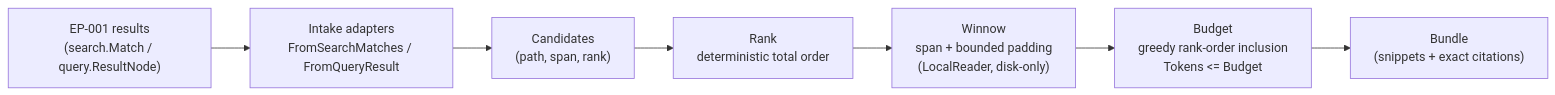
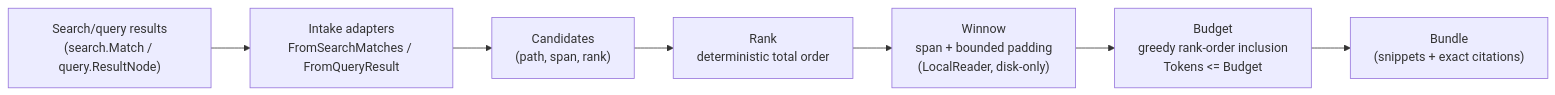
The diagram in docs/context/context-assembly.md (samibel/graphi), drawn with Mermaid before and after one commit. The commit also changed other lines of this file and 15 other files, not shown here.

````diff
--- a/docs/context/context-assembly.md
+++ b/docs/context/context-assembly.md
@@ -22,9 +29,9 @@
 ```mermaid
 flowchart LR
-  A["EP-001 results\n(search.Match / query.ResultNode)"] --> B["Intake adapters\nFromSearchMatches / FromQueryResult"]
+  A["Search/query results\n(search.Match / query.ResultNode)"] --> B["Intake adapters\nFromSearchMatches / FromQueryResult"]
   B --> C["Candidates\n(path, span, rank)"]
   C --> D["Rank\ndeterministic total order"]
   D --> E["Winnow\nspan + bounded padding\n(LocalReader, disk-only)"]
   E --> F["Budget\ngreedy rank-order inclusion\nTokens <= Budget"]
   F --> G["Bundle\n(snippets + exact citations)"]
 ```
````
